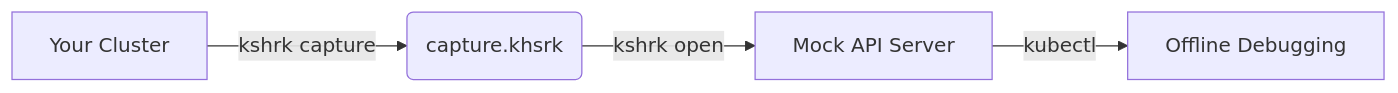
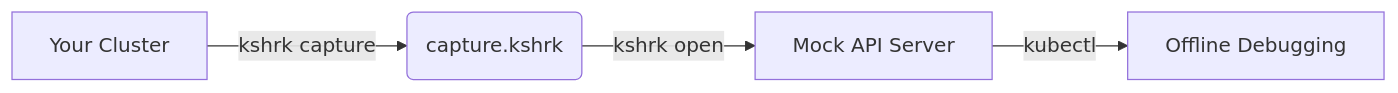
Before and after one commit to phenixblue/k8shark: the diagram in README.md, drawn with Mermaid. The commit also changed other lines of this file and 39 other files, not shown here.

First line of the commit message:
fix: align capture extension to .kshrk (match the kshrk binary) (#108)

````diff
--- a/README.md
+++ b/README.md
@@ -21,6 +21,6 @@
 ```mermaid
 flowchart LR
-    A[Your Cluster] -->|kshrk capture| B(capture.khsrk)
+    A[Your Cluster] -->|kshrk capture| B(capture.kshrk)
     B -->|kshrk open| C[Mock API Server]
     C -->|kubectl| D[Offline Debugging]
 ```
````
